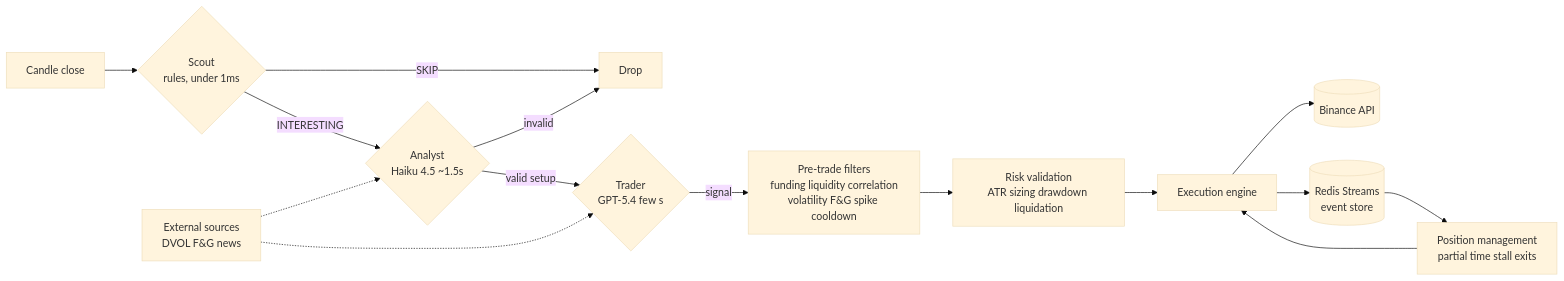
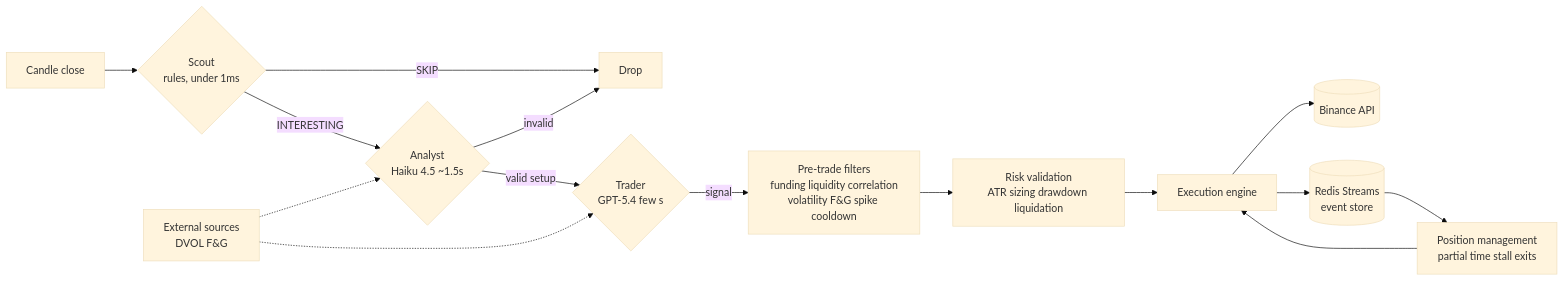
Before and after one commit to DoctorMozg/kavzi-trader: the diagram in README.md, drawn with Mermaid (base theme). The commit also changed other lines of this file and 15 other files, not shown here.

Commit message:
[EXTERNAL] Remove dead CCData news source

````diff
--- a/README.md
+++ b/README.md
@@ -49,17 +49,17 @@
 ```mermaid
 flowchart LR
     C[Candle close] --> S{Scout<br/>rules, under 1ms}
     S -- SKIP --> X[Drop]
     S -- INTERESTING --> A{Analyst<br/>Haiku 4.5 ~1.5s}
     A -- invalid --> X
     A -- valid setup --> T{Trader<br/>GPT-5.4 few s}
     T -- signal --> F[Pre-trade filters<br/>funding liquidity correlation<br/>volatility F&G spike cooldown]
     F --> R[Risk validation<br/>ATR sizing drawdown liquidation]
     R --> E[Execution engine]
     E --> B[(Binance API)]
     E --> ES[(Redis Streams<br/>event store)]
     ES --> PM[Position management<br/>partial time stall exits]
     PM --> E
-    EXT[External sources<br/>DVOL F&G news] -.-> A
+    EXT[External sources<br/>DVOL F&G] -.-> A
     EXT -.-> T
 ```
````
